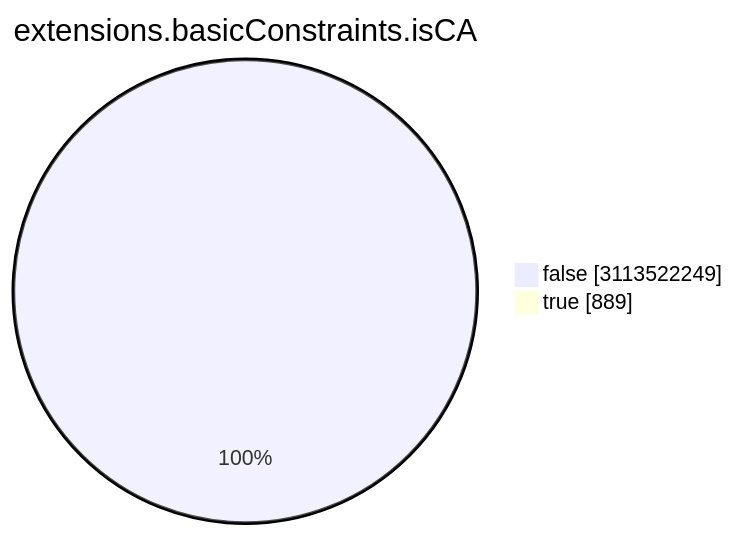
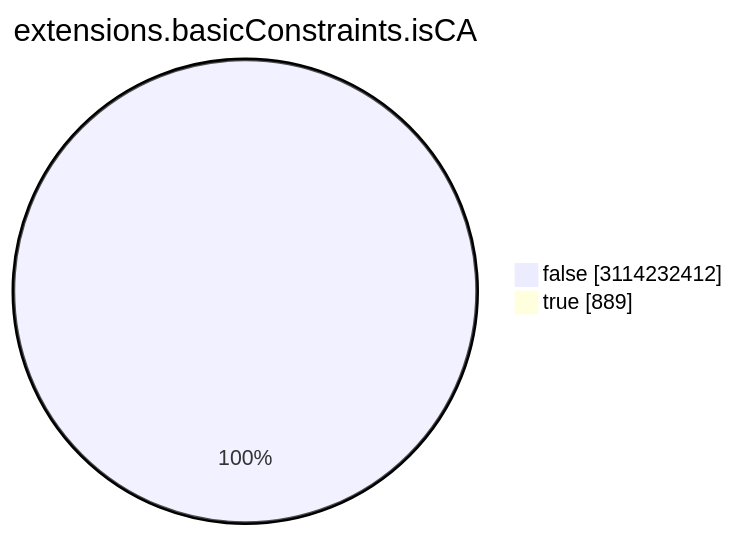
The seventh of 15 diagrams in TOTAL/README.md (christiankrug/ctmonitor_visualization), drawn with Mermaid before and after one commit. The commit also changed other lines of this file, not shown here.

````diff
--- a/TOTAL/README.md
+++ b/TOTAL/README.md
@@ -3088,6 +3088,6 @@
 ```mermaid
 pie showData
 title extensions.basicConstraints.isCA
-"false" :3113522249
+"false" :3114232412
 "true" :889
 ```
````
